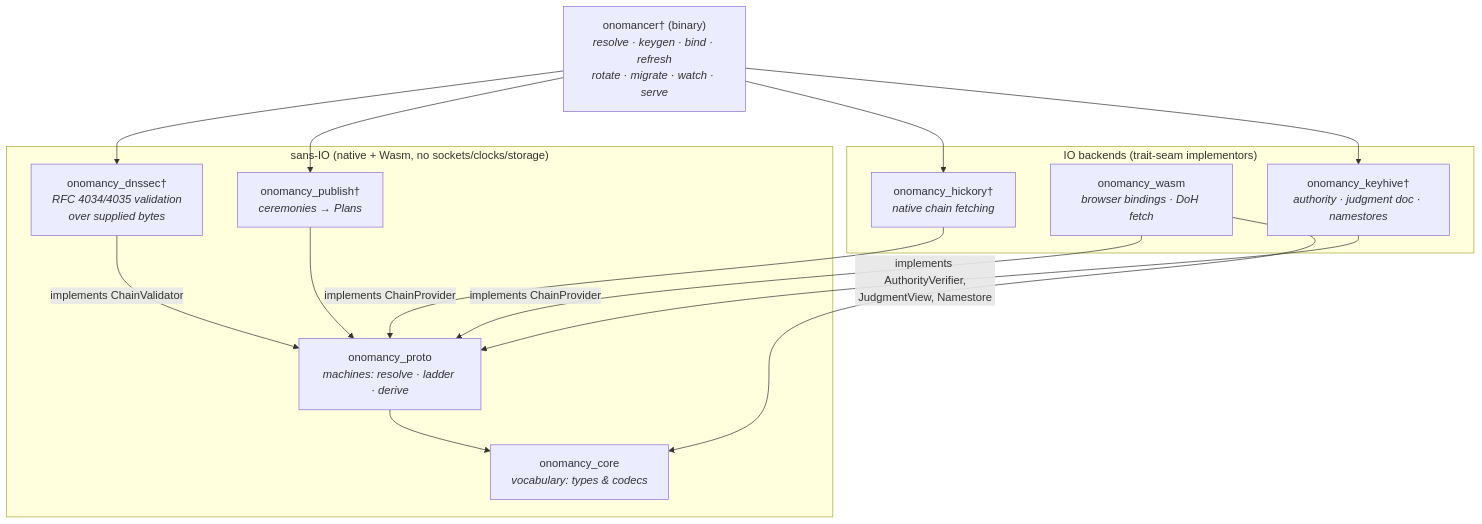
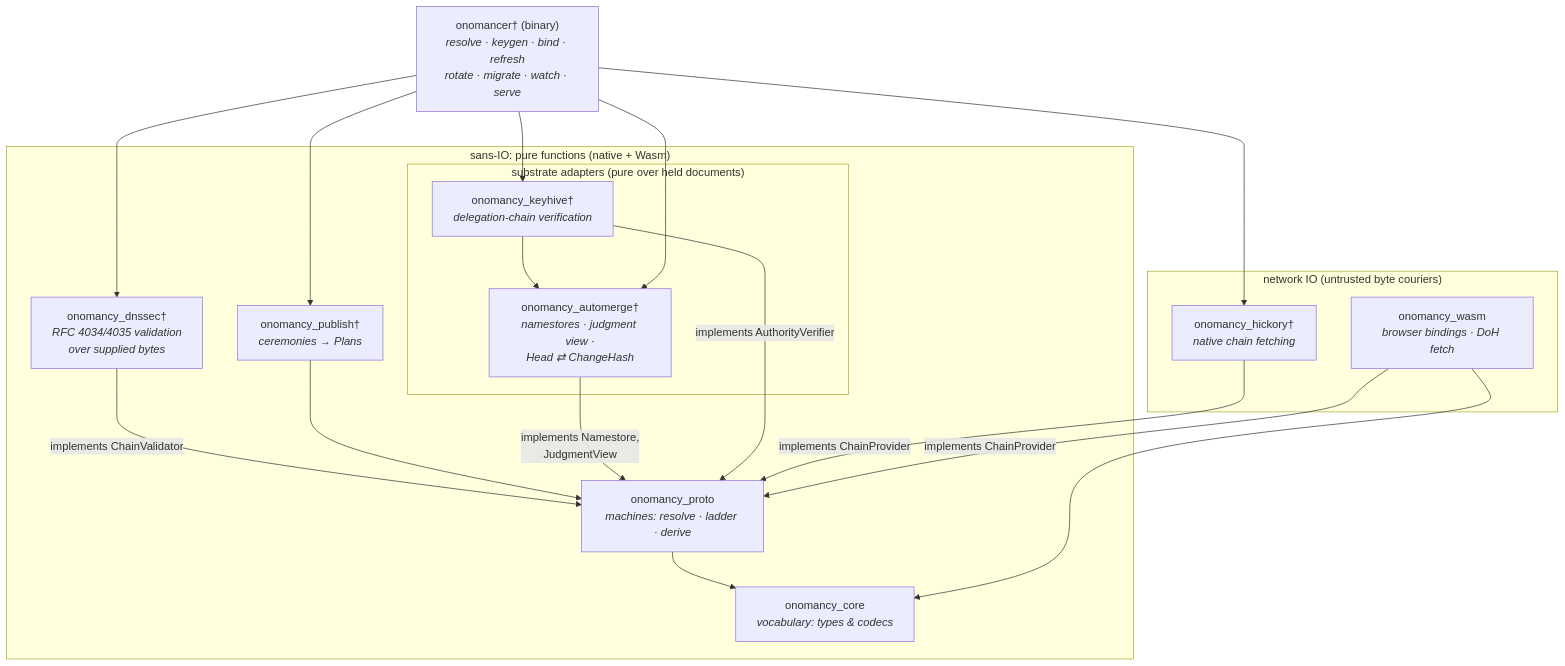
One commit to inkandswitch/onomancy changed the diagram in README.md. Above: the diagram before and after it, drawn with Mermaid. The commit also changed other lines of this file and 29 other files, not shown here.

````diff
--- a/README.md
+++ b/README.md
@@ -38,29 +38,36 @@
 ```mermaid
 graph TD
-    subgraph pure ["sans-IO (native + Wasm, no sockets/clocks/storage)"]
+    subgraph pure ["sans-IO: pure functions (native + Wasm)"]
         core["onomancy_core<br/><i>vocabulary: types & codecs</i>"]
         proto["onomancy_proto<br/><i>machines: resolve · ladder · derive</i>"]
         dnssec["onomancy_dnssec†<br/><i>RFC 4034/4035 validation<br/>over supplied bytes</i>"]
         publish["onomancy_publish†<br/><i>ceremonies → Plans</i>"]
+
+        subgraph adapters ["substrate adapters (pure over held documents)"]
+            automerge["onomancy_automerge†<br/><i>namestores · judgment view ·<br/>Head ⇄ ChangeHash</i>"]
+            keyhive["onomancy_keyhive†<br/><i>delegation-chain verification</i>"]
+        end
     end
 
-    subgraph backends ["IO backends (trait-seam implementors)"]
+    subgraph network ["network IO (untrusted byte couriers)"]
         hickory["onomancy_hickory†<br/><i>native chain fetching</i>"]
         wasm["onomancy_wasm<br/><i>browser bindings · DoH fetch</i>"]
-        keyhive["onomancy_keyhive†<br/><i>authority · judgment doc · namestores</i>"]
     end
 
     onomancer["onomancer† (binary)<br/><i>resolve · keygen · bind · refresh<br/>rotate · migrate · watch · serve</i>"]
 
     proto --> core
     dnssec -- "implements ChainValidator" --> proto
     publish --> proto
+    automerge -- "implements Namestore,<br/>JudgmentView" --> proto
+    keyhive -- "implements AuthorityVerifier" --> proto
+    keyhive --> automerge
     hickory -- "implements ChainProvider" --> proto
     wasm --> core
     wasm -- "implements ChainProvider" --> proto
-    keyhive -- "implements AuthorityVerifier,<br/>JudgmentView, Namestore" --> proto
     onomancer --> publish
     onomancer --> dnssec
     onomancer --> hickory
+    onomancer --> automerge
     onomancer --> keyhive
 ```
````
